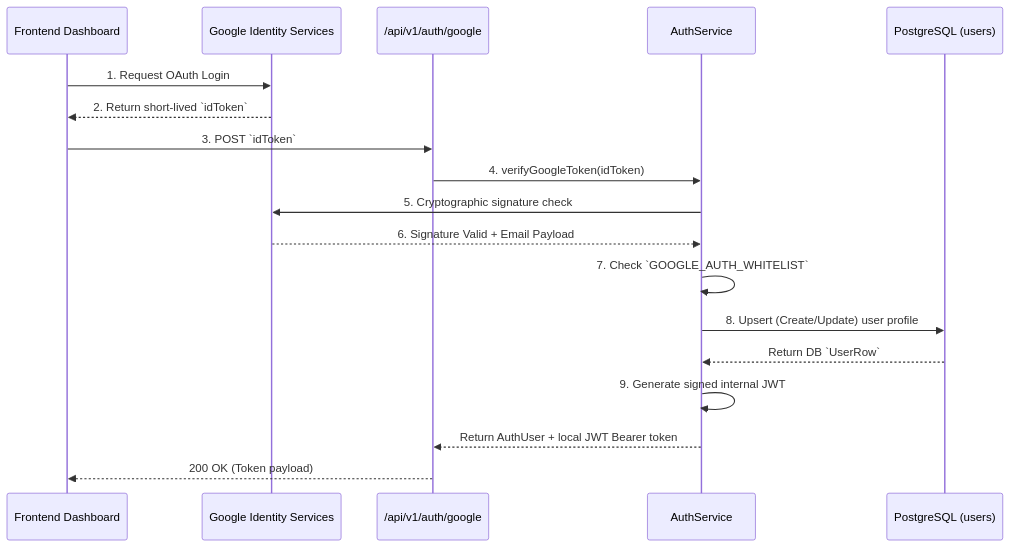
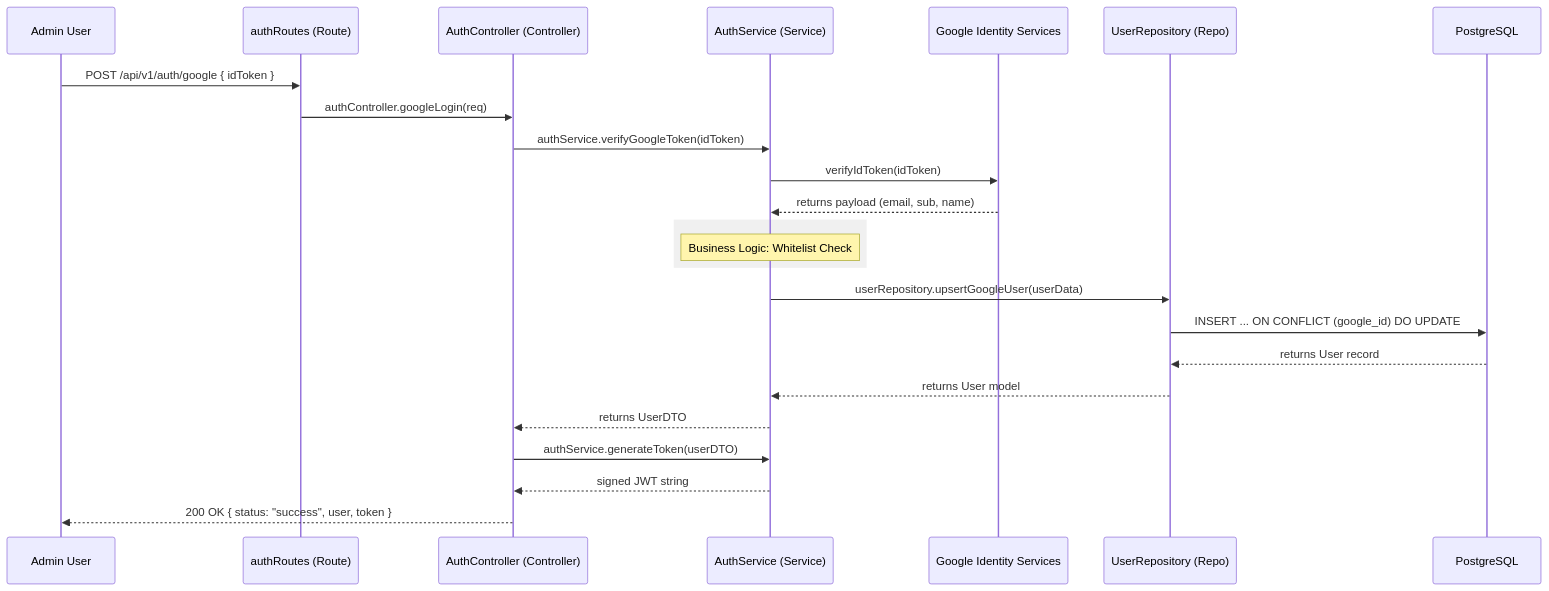
One commit to udaaraSH23/TrekDeskAI changed the diagram in trekdesk-backend-prod/docs/02_Authentication_Flow.md. Above: the diagram before and after it, drawn with Mermaid. The commit also changed other lines of this file and 116 other files, not shown here.

````diff
--- a/trekdesk-backend-prod/docs/02_Authentication_Flow.md
+++ b/trekdesk-backend-prod/docs/02_Authentication_Flow.md
@@ -11,21 +26,32 @@
 ```mermaid
 sequenceDiagram
-    participant Client as Frontend Dashboard
-    participant Google as Google Identity Services
-    participant API as /api/v1/auth/google
-    participant AuthService as AuthService
-    participant DB as PostgreSQL (users)
+    participant U as Admin User
+    participant R as authRoutes (Route)
+    participant C as AuthController (Controller)
+    participant S as AuthService (Service)
+    participant G as Google Identity Services
+    participant Rep as UserRepository (Repo)
+    participant DB as PostgreSQL
 
-    Client->>Google: 1. Request OAuth Login
-    Google-->>Client: 2. Return short-lived `idToken`
-    Client->>API: 3. POST `idToken`
-    API->>AuthService: 4. verifyGoogleToken(idToken)
-    AuthService->>Google: 5. Cryptographic signature check
-    Google-->>AuthService: 6. Signature Valid + Email Payload
-    AuthService->>AuthService: 7. Check `GOOGLE_AUTH_WHITELIST`
-    AuthService->>DB: 8. Upsert (Create/Update) user profile
-    DB-->>AuthService: Return DB `UserRow`
-    AuthService->>AuthService: 9. Generate signed internal JWT
-    AuthService-->>API: Return AuthUser + local JWT Bearer token
-    API-->>Client: 200 OK (Token payload)
+    U->>R: POST /api/v1/auth/google { idToken }
+    R->>C: authController.googleLogin(req)
+
+    C->>S: authService.verifyGoogleToken(idToken)
+    S->>G: verifyIdToken(idToken)
+    G-->>S: returns payload (email, sub, name)
+
+    rect rgb(240, 240, 240)
+        Note over S: Business Logic: Whitelist Check
+    end
+
+    S->>Rep: userRepository.upsertGoogleUser(userData)
+    Rep->>DB: INSERT ... ON CONFLICT (google_id) DO UPDATE
+    DB-->>Rep: returns User record
+    Rep-->>S: returns User model
+    S-->>C: returns UserDTO
+
+    C->>S: authService.generateToken(userDTO)
+    S-->>C: signed JWT string
+
+    C-->>U: 200 OK { status: "success", user, token }
 ```
````
